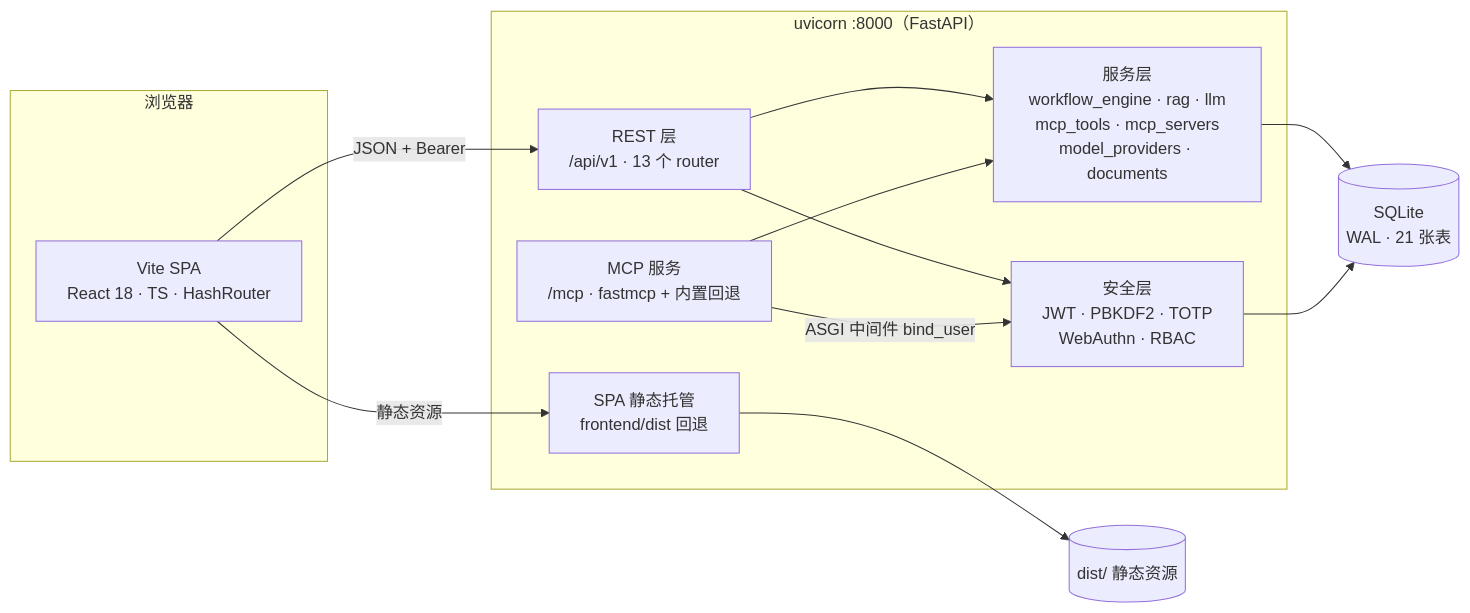
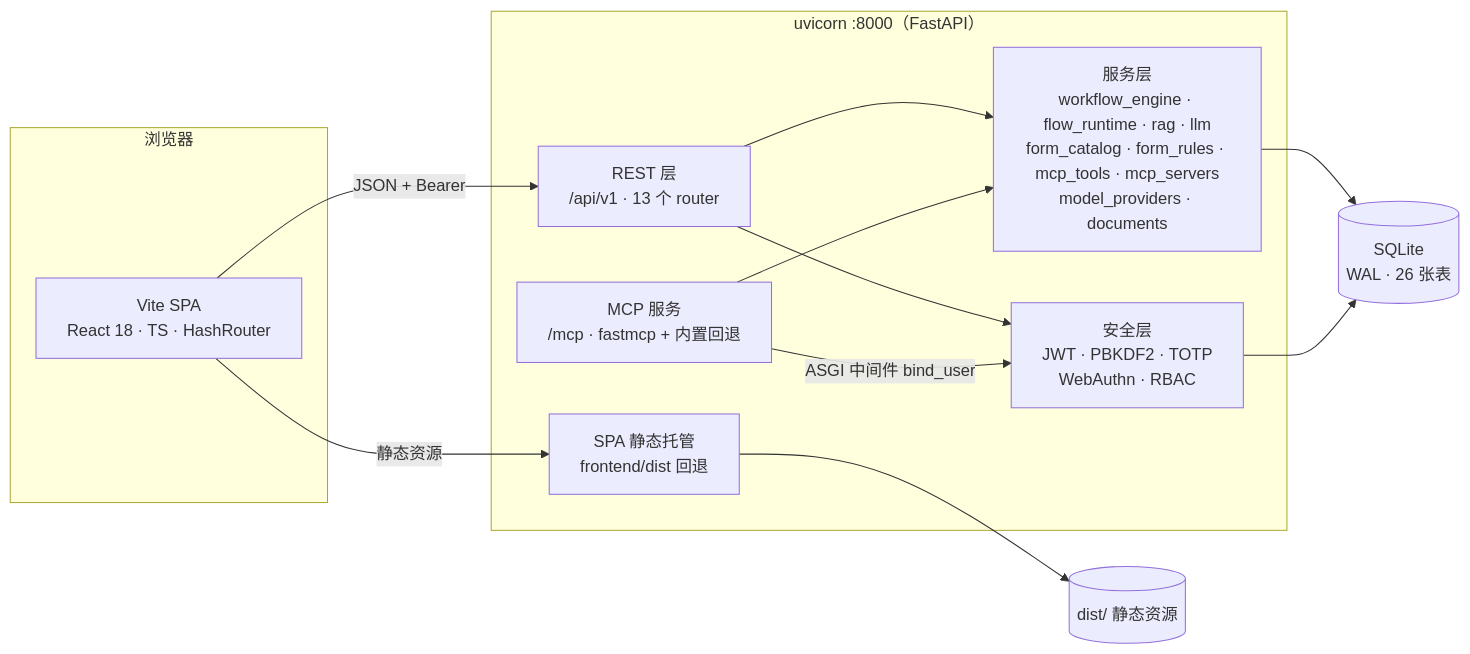
The second of 4 diagrams in docs/architecture.zh-CN.md (liudonghua123/ai-lowcode-platform), drawn with Mermaid before and after one commit. The commit also changed other lines of this file and 39 other files, not shown here.

First line of the commit message:
feat(forms/workflows): domestic form engine, human approval runtime and docs

````diff
--- a/docs/architecture.zh-CN.md
+++ b/docs/architecture.zh-CN.md
@@ -60,25 +60,25 @@
 ```mermaid
 flowchart LR
     subgraph Browser[浏览器]
         SPA[Vite SPA<br/>React 18 · TS · HashRouter]
     end
     subgraph Process["uvicorn :8000（FastAPI）"]
         API["REST 层<br/>/api/v1 · 13 个 router"]
         MCPS["MCP 服务<br/>/mcp · fastmcp + 内置回退"]
-        SVC["服务层<br/>workflow_engine · rag · llm<br/>mcp_tools · mcp_servers<br/>model_providers · documents"]
+        SVC["服务层<br/>workflow_engine · flow_runtime · rag · llm<br/>form_catalog · form_rules · mcp_tools · mcp_servers<br/>model_providers · documents"]
         SEC["安全层<br/>JWT · PBKDF2 · TOTP<br/>WebAuthn · RBAC"]
         HOST["SPA 静态托管<br/>frontend/dist 回退"]
     end
-    DB[(SQLite<br/>WAL · 21 张表)]
+    DB[(SQLite<br/>WAL · 26 张表)]
     FS[("dist/ 静态资源")]
 
     SPA -->|JSON + Bearer| API
     SPA -->|静态资源| HOST
     API --> SEC
     API --> SVC
     MCPS -->|ASGI 中间件 bind_user| SEC
     MCPS --> SVC
     SVC --> DB
     SEC --> DB
     HOST --> FS
 ```
````
